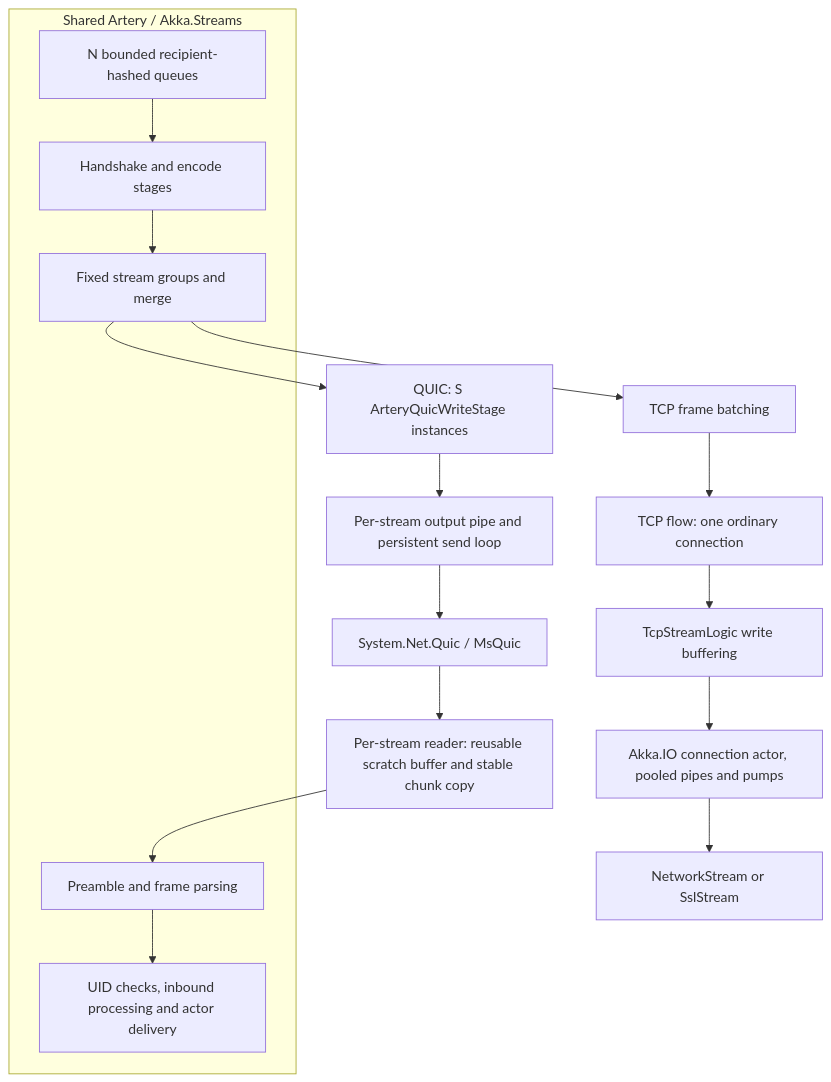
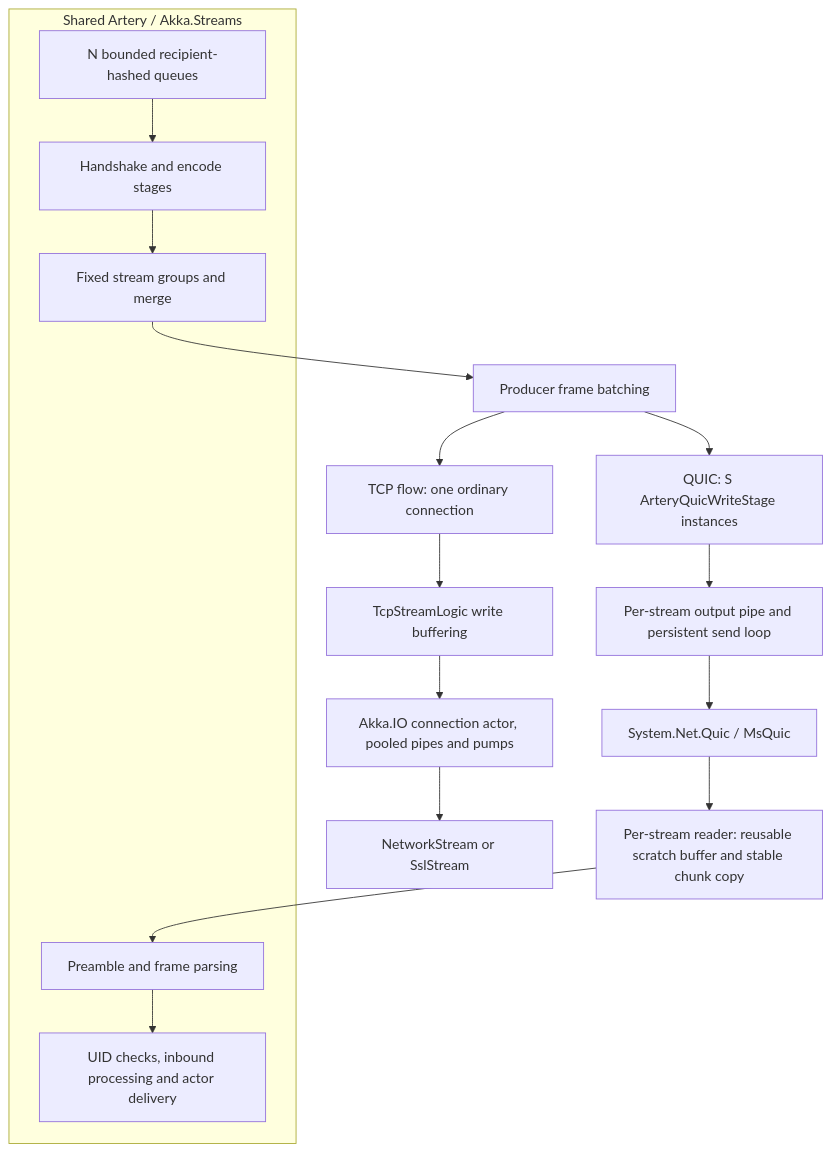
Before and after one commit to Aaronontheweb/akka.net: the first of 3 diagrams in openspec/changes/artery-quic-prototype/design.md, drawn with Mermaid. The commit also changed other lines of this file and 2 other files, not shown here.

Commit message:
Retain producer batching ahead of the experimental QUIC pipe

````diff
--- a/openspec/changes/artery-quic-prototype/design.md
+++ b/openspec/changes/artery-quic-prototype/design.md
@@ -19,18 +19,18 @@
 ```mermaid
 flowchart TB
     subgraph Artery["Shared Artery / Akka.Streams"]
         Q["N bounded recipient-hashed queues"] --> H["Handshake and encode stages"]
         H --> G["Fixed stream groups and merge"]
         R["Preamble and frame parsing"] --> I["UID checks, inbound processing and actor delivery"]
     end
-    G --> B["TCP frame batching"]
+    G --> B["Producer frame batching"]
     B --> T["TCP flow: one ordinary connection"]
     T --> TS["TcpStreamLogic write buffering"]
     TS --> IO["Akka.IO connection actor, pooled pipes and pumps"]
     IO --> TCP["NetworkStream or SslStream"]
-    G --> W["QUIC: S ArteryQuicWriteStage instances"]
+    B --> W["QUIC: S ArteryQuicWriteStage instances"]
     W --> OP["Per-stream output pipe and persistent send loop"]
     OP --> NATIVE["System.Net.Quic / MsQuic"]
     NATIVE --> RD["Per-stream reader: reusable scratch buffer and stable chunk copy"]
     RD --> R
 ```
````
